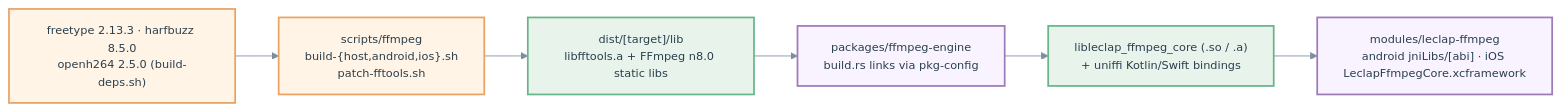
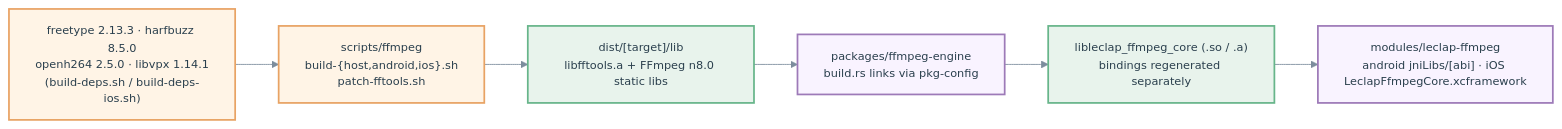
The second of 2 diagrams in docs/on-device-compilation.md (heristop/leclap), drawn with Mermaid before and after one commit. The commit also changed other lines of this file and 19 other files, not shown here.

````diff
--- a/docs/on-device-compilation.md
+++ b/docs/on-device-compilation.md
@@ -95,27 +82,27 @@
 ```mermaid
 %%{init: {
   'theme': 'base',
   'themeVariables': {
     'fontFamily': 'system-ui',
     'fontSize': '13px',
     'primaryColor': '#fff',
     'primaryTextColor': '#2A3F4D',
     'primaryBorderColor': '#7C8D9D',
     'lineColor': '#7C8D9D',
     'tertiaryColor': '#fff'
   }
 }}%%
 graph LR
     classDef build fill:#FFF4E6,stroke:#E8A364,stroke-width:2px
     classDef artifact fill:#E8F3EC,stroke:#67B58A,stroke-width:2px
     classDef native fill:#F9F3FF,stroke:#9D7AB8,stroke-width:2px
 
-    deps["freetype 2.13.3 · harfbuzz 8.5.0<br/>openh264 2.5.0 (build-deps.sh)"]:::build
+    deps["freetype 2.13.3 · harfbuzz 8.5.0<br/>openh264 2.5.0 · libvpx 1.14.1<br/>(build-deps.sh / build-deps-ios.sh)"]:::build
     scripts["scripts/ffmpeg<br/>build-{host,android,ios}.sh<br/>patch-fftools.sh"]:::build
     dist["dist/[target]/lib<br/>libfftools.a + FFmpeg n8.0 static libs"]:::artifact
     crate["packages/ffmpeg-engine<br/>build.rs links via pkg-config"]:::native
-    so["libleclap_ffmpeg_core (.so / .a)<br/>+ uniffi Kotlin/Swift bindings"]:::artifact
+    so["libleclap_ffmpeg_core (.so / .a)<br/>bindings regenerated separately"]:::artifact
     jni["modules/leclap-ffmpeg<br/>android jniLibs/[abi] · iOS LeclapFfmpegCore.xcframework"]:::native
 
     deps --> scripts --> dist --> crate --> so --> jni
 ```
````
